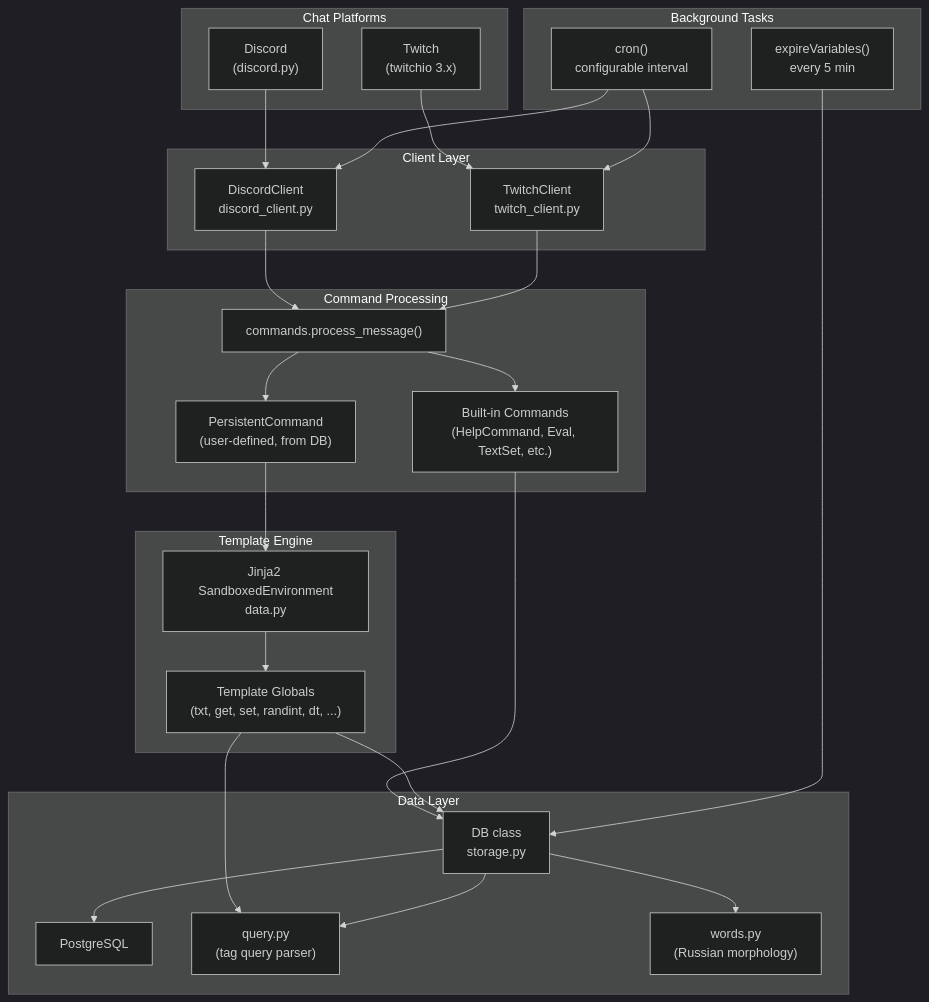
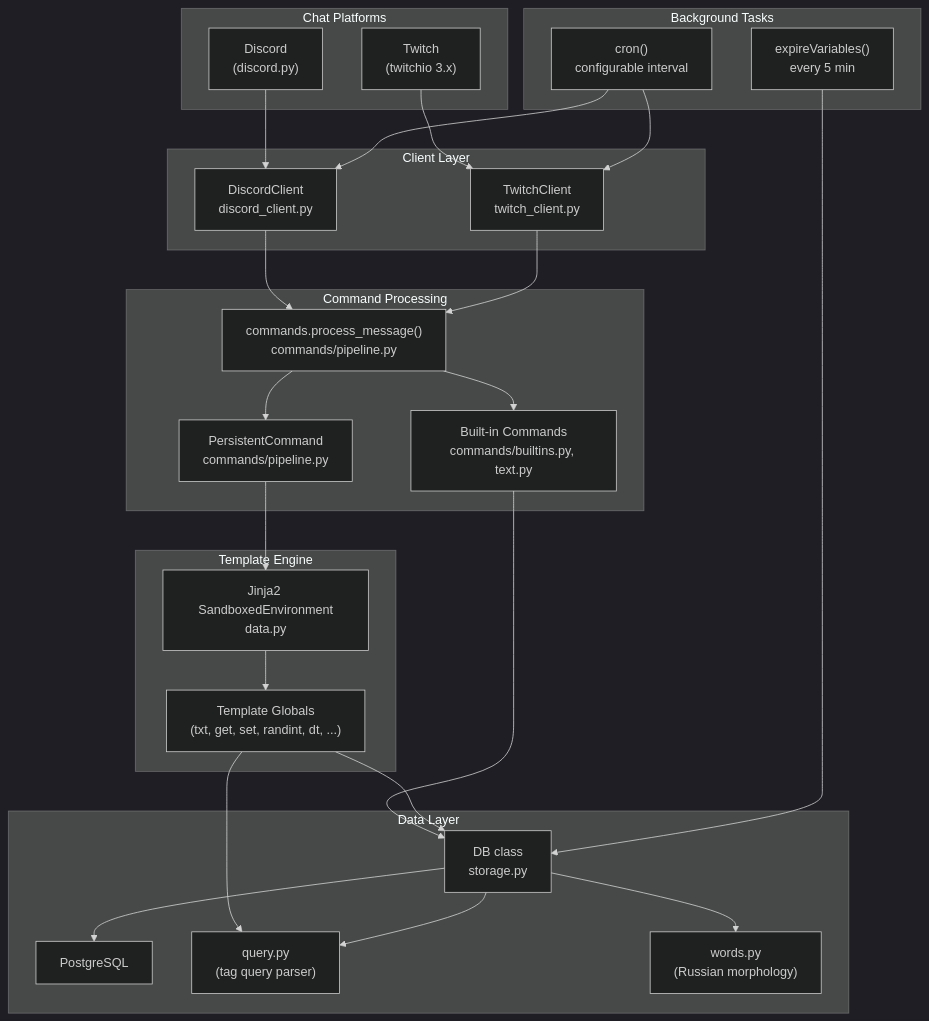
One commit to metaflow/moon-rabbit changed the first of 3 diagrams in docs/architecture.md. Above: the diagram before and after it, drawn with Mermaid (dark theme). The commit also changed 10 other files, not shown here.

````diff
--- a/docs/architecture.md
+++ b/docs/architecture.md
@@ -9,53 +9,53 @@
 ```mermaid
 graph TD
     subgraph "Chat Platforms"
         D["Discord<br/>(discord.py)"]
         T["Twitch<br/>(twitchio 3.x)"]
     end
 
     subgraph "Client Layer"
         DC["DiscordClient<br/>discord_client.py"]
         TC["TwitchClient<br/>twitch_client.py"]
     end
 
     subgraph "Command Processing"
-        CP["commands.process_message()"]
-        BC["Built-in Commands<br/>(HelpCommand, Eval, TextSet, etc.)"]
-        PC["PersistentCommand<br/>(user-defined, from DB)"]
+        CP["commands.process_message()<br/>commands/pipeline.py"]
+        BC["Built-in Commands<br/>commands/builtins.py, text.py"]
+        PC["PersistentCommand<br/>commands/pipeline.py"]
     end
 
     subgraph "Template Engine"
         J2["Jinja2 SandboxedEnvironment<br/>data.py"]
         TG["Template Globals<br/>(txt, get, set, randint, dt, ...)"]
     end
 
     subgraph "Data Layer"
         DB["DB class<br/>storage.py"]
         PG["PostgreSQL"]
         QP["query.py<br/>(tag query parser)"]
         WO["words.py<br/>(Russian morphology)"]
     end
 
     subgraph "Background Tasks"
         EV["expireVariables()<br/>every 5 min"]
         CR["cron()<br/>configurable interval"]
     end
 
     D --> DC
     T --> TC
     DC --> CP
     TC --> CP
     CP --> BC
     CP --> PC
     PC --> J2
     BC --> DB
     J2 --> TG
     TG --> DB
     TG --> QP
     DB --> PG
     DB --> QP
     DB --> WO
     EV --> DB
     CR --> DC
     CR --> TC
 ```
````
